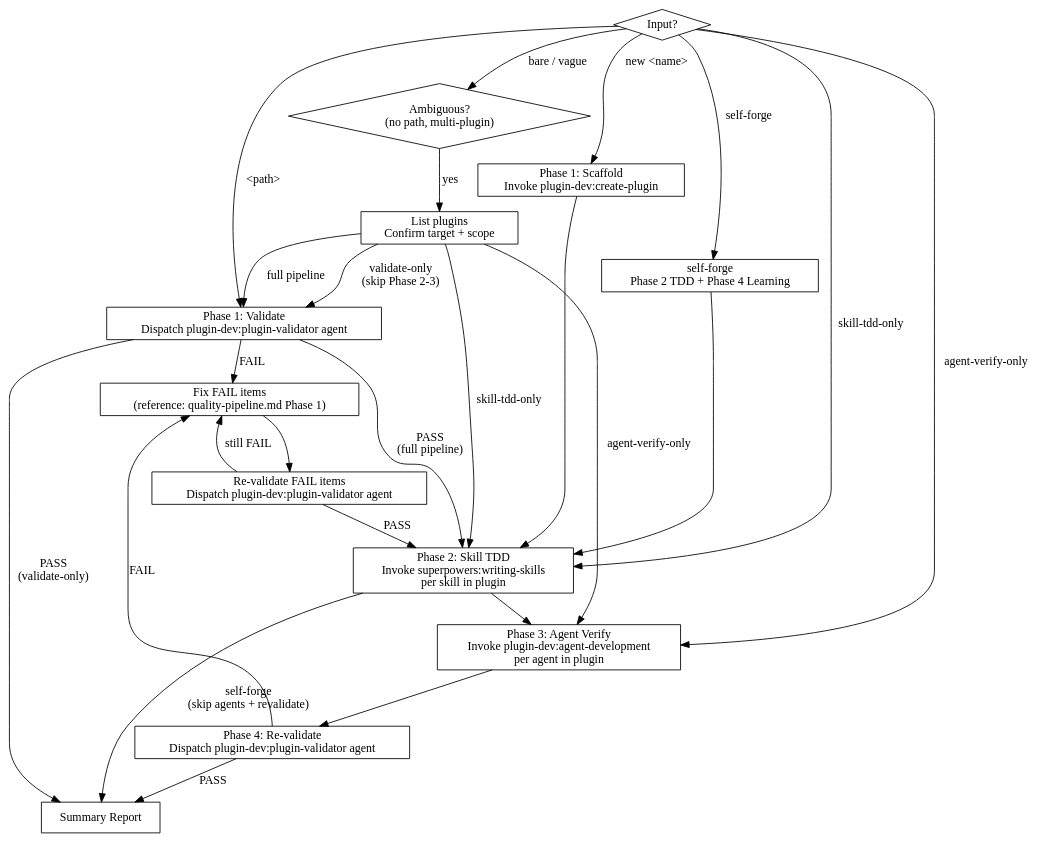
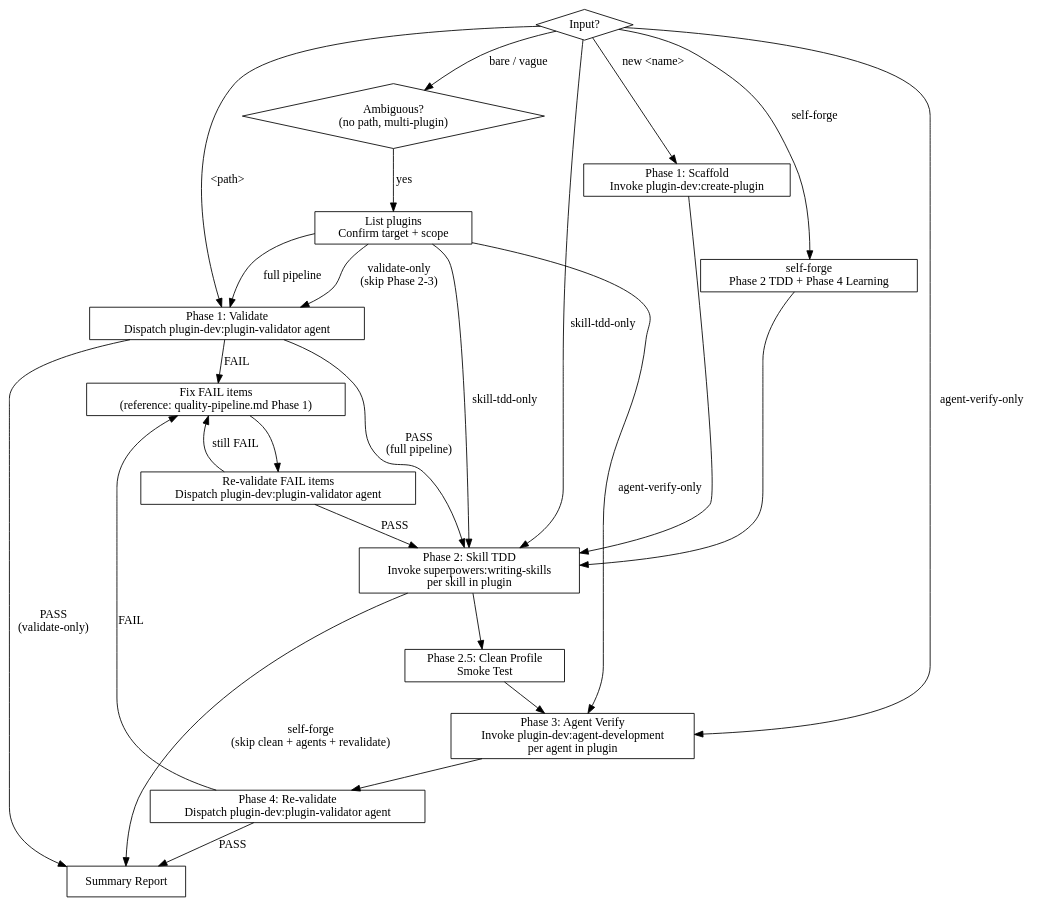
One commit to iamcxa/kc-claude-plugins changed the diagram in kc-plugin-forge/skills/kc-plugin-forge/SKILL.md. Above: the diagram before and after it, drawn with Graphviz. The commit also changed other lines of this file, not shown here.

First line of the commit message:
feat(kc-plugin-forge): add Phase 2.5 clean profile smoke test to pipeline

````diff
--- a/kc-plugin-forge/skills/kc-plugin-forge/SKILL.md
+++ b/kc-plugin-forge/skills/kc-plugin-forge/SKILL.md
@@ -21,45 +21,47 @@
 ```dot
 digraph forge {
   rankdir=TB;
   node [shape=diamond];
   input [label="Input?"];
   disambig [label="Ambiguous?\n(no path, multi-plugin)"];
 
   node [shape=box];
   ask [label="List plugins\nConfirm target + scope"];
   create [label="Phase 1: Scaffold\nInvoke plugin-dev:create-plugin"];
   audit [label="Phase 1: Validate\nDispatch plugin-dev:plugin-validator agent"];
   fix [label="Fix FAIL items\n(reference: quality-pipeline.md Phase 1)"];
   tdd [label="Phase 2: Skill TDD\nInvoke superpowers:writing-skills\nper skill in plugin"];
+  clean [label="Phase 2.5: Clean Profile\nSmoke Test"];
   agents [label="Phase 3: Agent Verify\nInvoke plugin-dev:agent-development\nper agent in plugin"];
   revalidate [label="Phase 4: Re-validate\nDispatch plugin-dev:plugin-validator agent"];
   report [label="Summary Report"];
   selfforge [label="self-forge\nPhase 2 TDD + Phase 4 Learning"];
 
   input -> create [label="new <name>"];
   input -> disambig [label="bare / vague"];
   disambig -> ask [label="yes"];
   ask -> audit [label="full pipeline"];
   ask -> audit [label="validate-only\n(skip Phase 2-3)"];
   ask -> tdd [label="skill-tdd-only"];
   ask -> agents [label="agent-verify-only"];
   input -> audit [label="<path>"];
   input -> tdd [label="skill-tdd-only"];
   input -> agents [label="agent-verify-only"];
   input -> selfforge [label="self-forge"];
   selfforge -> tdd;
-  tdd -> report [label="self-forge\n(skip agents + revalidate)"];
+  tdd -> report [label="self-forge\n(skip clean + agents + revalidate)"];
   create -> tdd;
   reaudit [label="Re-validate FAIL items\nDispatch plugin-dev:plugin-validator agent"];
   audit -> fix [label="FAIL"];
   audit -> tdd [label="PASS\n(full pipeline)"];
   audit -> report [label="PASS\n(validate-only)"];
   fix -> reaudit;
   reaudit -> tdd [label="PASS"];
   reaudit -> fix [label="still FAIL"];
-  tdd -> agents;
+  tdd -> clean;
+  clean -> agents;
   agents -> revalidate;
   revalidate -> report [label="PASS"];
   revalidate -> fix [label="FAIL"];
 }
 ```
````
